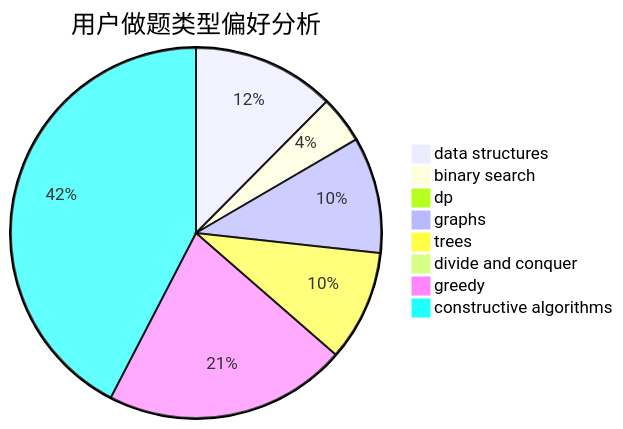
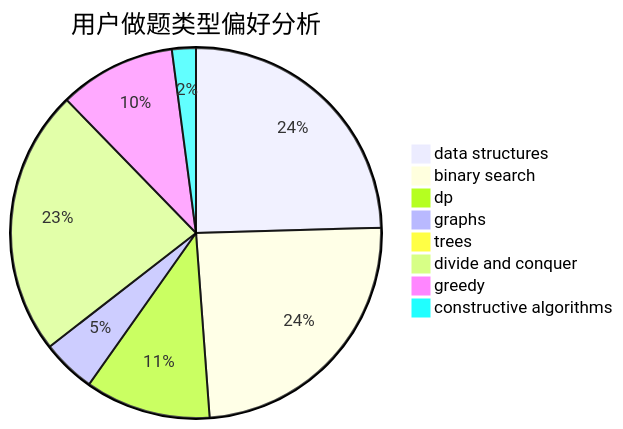
The second of 3 diagrams in docs/user/u694.md (sherpahu/cfrs.github.io), drawn with Mermaid before and after one commit. The commit also changed other lines of this file and 2770 other files, not shown here.

````diff
--- a/docs/user/u694.md
+++ b/docs/user/u694.md
@@ -23,11 +23,11 @@
 ```mermaid
 pie title 用户做题类型偏好分析
-    "data structures" :  27
-    "binary search" :  9
-    "dp" :  2
-    "graphs" :  22
-    "trees" :  21
-    "divide and conquer" :  0
-    "greedy" :  46
-    "constructive algorithms" :  92
+    "data structures" :  94
+    "binary search" :  93
+    "dp" :  42
+    "graphs" :  18
+    "trees" :  3
+    "divide and conquer" :  89
+    "greedy" :  39
+    "constructive algorithms" :  8
 ```
````
